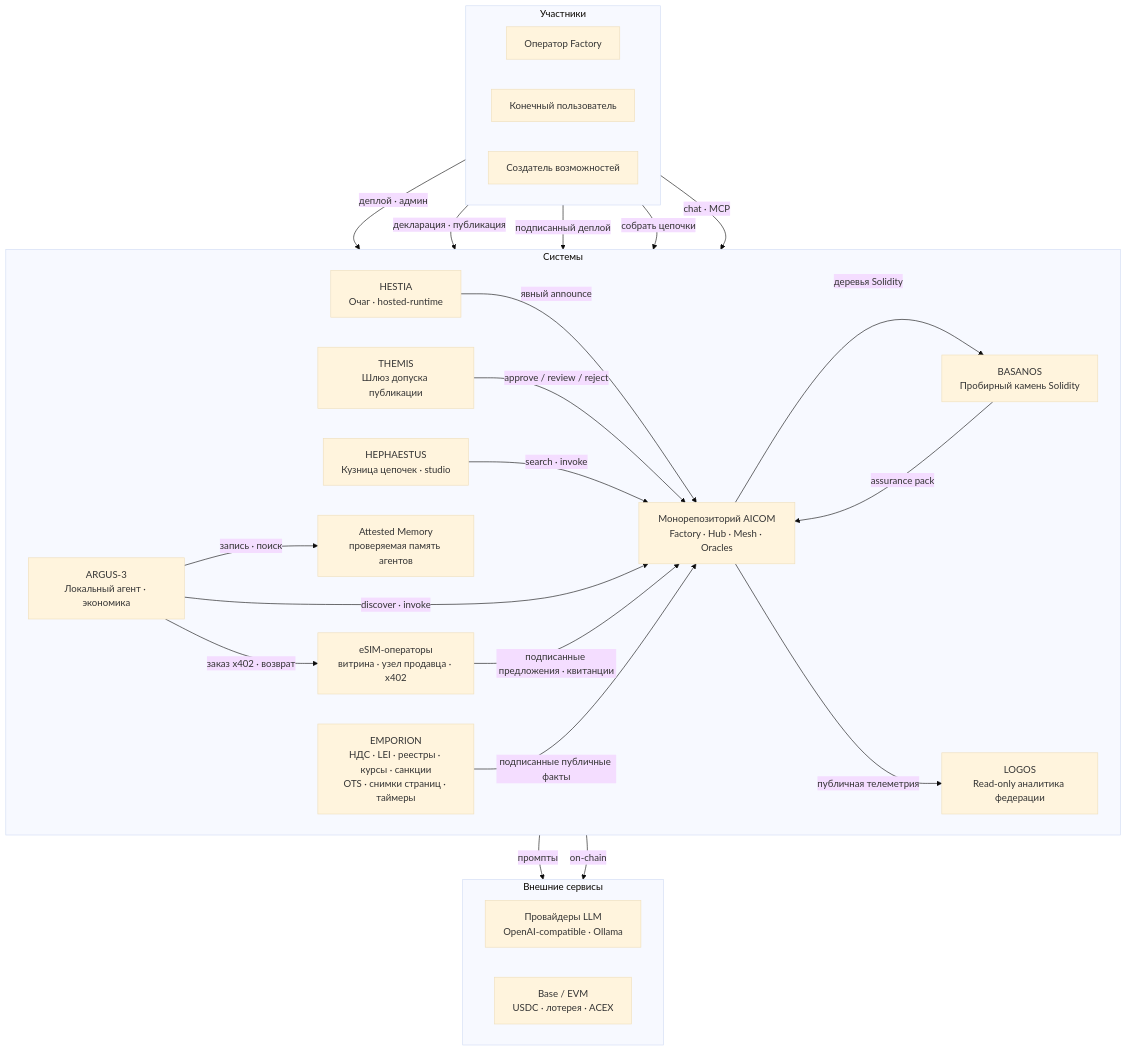
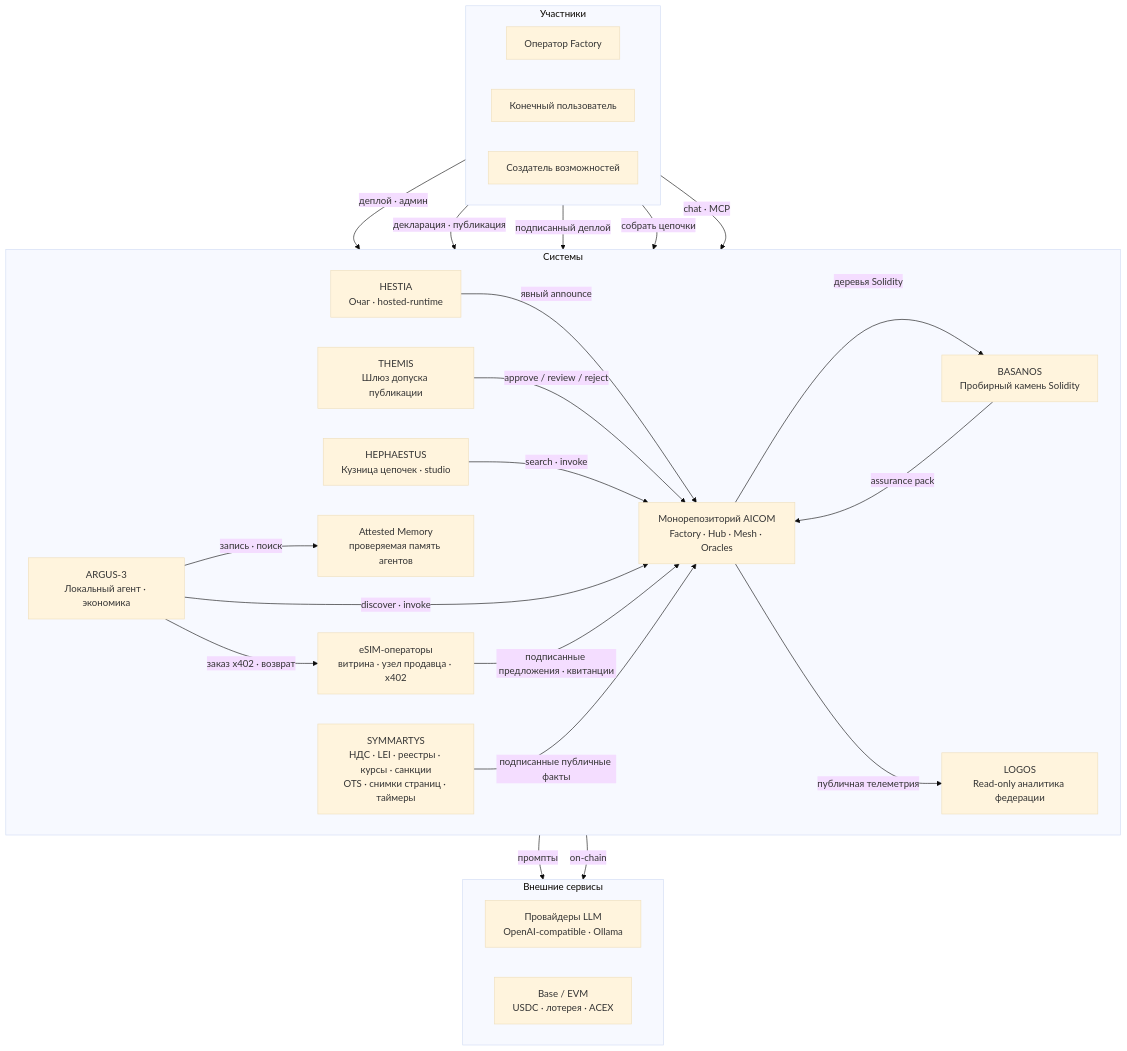
Before and after one commit to alexar76/aicom: the second of 5 diagrams in docs/ecosystem/whitepaper/ru.md, drawn with Mermaid (base theme). The commit also changed other lines of this file and 3320 other files, not shown here.

````diff
--- a/docs/ecosystem/whitepaper/ru.md
+++ b/docs/ecosystem/whitepaper/ru.md
@@ -149,48 +149,48 @@
 ```mermaid
 flowchart TB
   subgraph actors["Участники"]
     direction LR
     operator["Оператор Factory"]
     enduser["Конечный пользователь"]
     builder["Создатель возможностей"]
   end
 
   subgraph systems["Системы"]
     direction LR
     aicom["Монорепозиторий AICOM<br/>Factory · Hub · Mesh · Oracles"]
     themis["THEMIS<br/>Шлюз допуска публикации"]
     hestia["HESTIA<br/>Очаг · hosted-runtime"]
     basanos["BASANOS<br/>Пробирный камень Solidity"]
     hephaestus["HEPHAESTUS<br/>Кузница цепочек · studio"]
     logos["LOGOS<br/>Read-only аналитика федерации"]
     argus["ARGUS-3<br/>Локальный агент · экономика"]
     memory["Attested Memory<br/>проверяемая память агентов"]
     esim["eSIM-операторы<br/>витрина · узел продавца · x402"]
-    emporion["EMPORION<br/>НДС · LEI · реестры · курсы · санкции<br/>OTS · снимки страниц · таймеры"]
+    symmartys["SYMMARTYS<br/>НДС · LEI · реестры · курсы · санкции<br/>OTS · снимки страниц · таймеры"]
   end
 
   subgraph external["Внешние сервисы"]
     direction LR
     llm["Провайдеры LLM<br/>OpenAI-compatible · Ollama"]
     chain["Base / EVM<br/>USDC · лотерея · ACEX"]
   end
 
   operator -->|деплой · админ| aicom
   builder -->|декларация · публикация| themis
   builder -->|подписанный деплой| hestia
   hestia -->|явный announce| aicom
   themis -->|"approve / review / reject"| aicom
   enduser -->|собрать цепочки| hephaestus
   hephaestus -->|search · invoke| aicom
   aicom -->|деревья Solidity| basanos
   basanos -->|assurance pack| aicom
   enduser -->|chat · MCP| argus
   argus -->|discover · invoke| aicom
   argus -->|запись · поиск| memory
   argus -->|заказ x402 · возврат| esim
   esim -->|подписанные предложения · квитанции| aicom
-  emporion -->|подписанные публичные факты| aicom
+  symmartys -->|подписанные публичные факты| aicom
   aicom -->|публичная телеметрия| logos
   aicom -->|промпты| llm
   aicom -->|on-chain| chain
 ```
````
